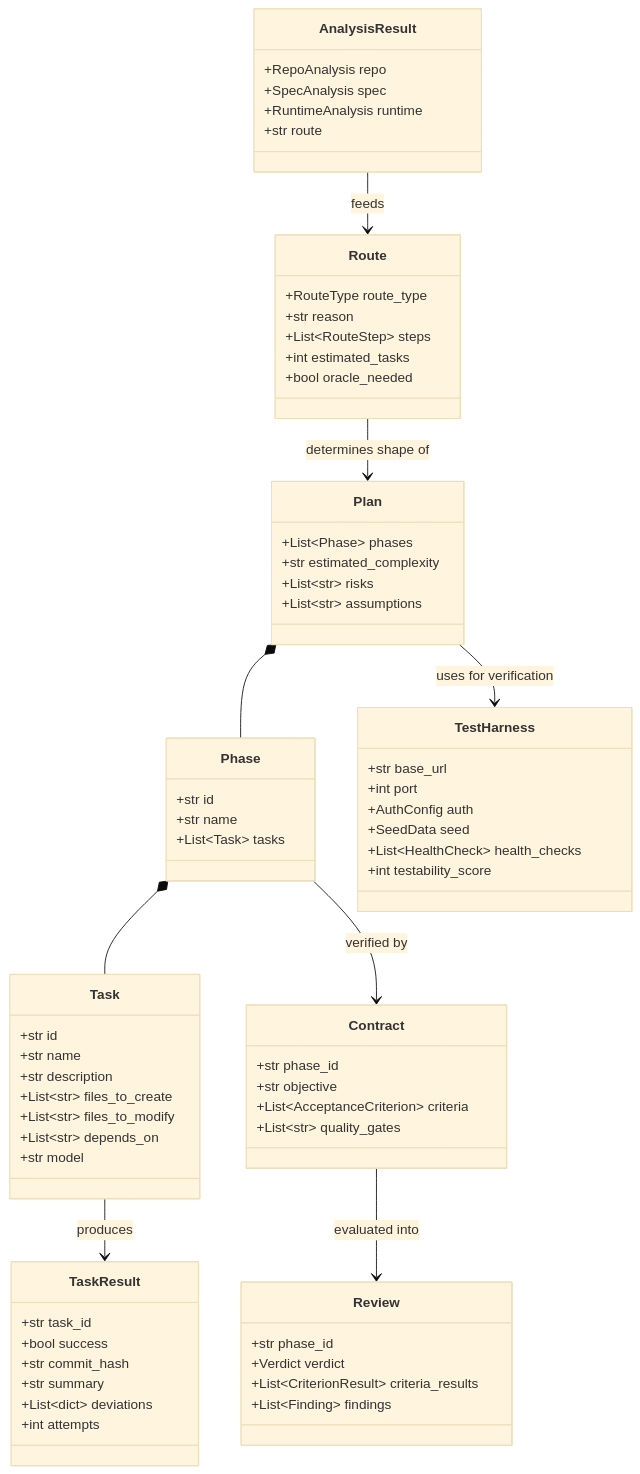
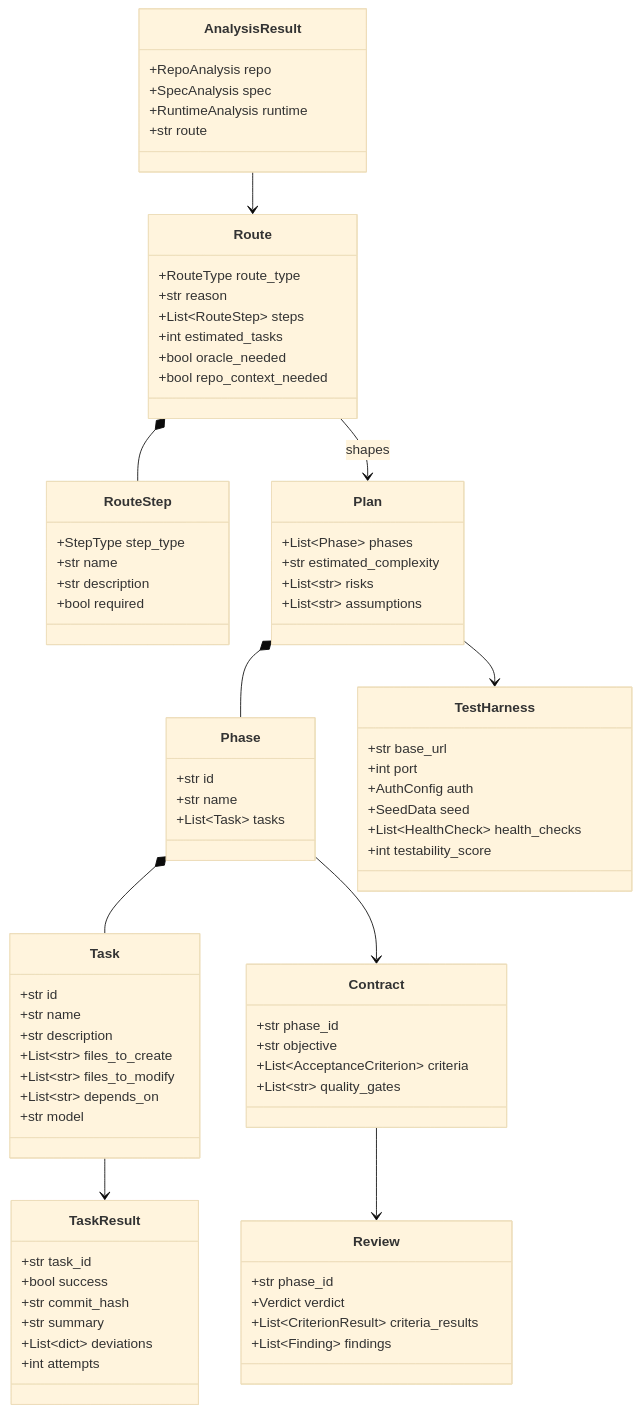
One commit to BIDEquity/outbid-dirigent changed the sixth of 6 diagrams in ARCHITECTURE.md. Above: the diagram before and after it, drawn with Mermaid (base theme). The commit also changed other lines of this file, not shown here.

First line of the commit message:
docs: regenerate ARCHITECTURE.md via /generate-architecture --update

````diff
--- a/ARCHITECTURE.md
+++ b/ARCHITECTURE.md
@@ -197,81 +306,81 @@
 ```mermaid
 classDiagram
     class AnalysisResult {
         +RepoAnalysis repo
         +SpecAnalysis spec
         +RuntimeAnalysis runtime
         +str route
     }
-
     class Route {
         +RouteType route_type
         +str reason
         +List~RouteStep~ steps
         +int estimated_tasks
         +bool oracle_needed
+        +bool repo_context_needed
     }
-
+    class RouteStep {
+        +StepType step_type
+        +str name
+        +str description
+        +bool required
+    }
     class Plan {
         +List~Phase~ phases
         +str estimated_complexity
         +List~str~ risks
         +List~str~ assumptions
     }
-
     class Phase {
         +str id
         +str name
         +List~Task~ tasks
     }
-
     class Task {
         +str id
         +str name
         +str description
         +List~str~ files_to_create
         +List~str~ files_to_modify
         +List~str~ depends_on
         +str model
     }
-
     class TaskResult {
         +str task_id
         +bool success
         +str commit_hash
         +str summary
         +List~dict~ deviations
         +int attempts
     }
-
     class Contract {
         +str phase_id
         +str objective
         +List~AcceptanceCriterion~ criteria
         +List~str~ quality_gates
     }
-
     class Review {
         +str phase_id
         +Verdict verdict
         +List~CriterionResult~ criteria_results
         +List~Finding~ findings
     }
-
     class TestHarness {
         +str base_url
         +int port
         +AuthConfig auth
         +SeedData seed
         +List~HealthCheck~ health_checks
         +int testability_score
     }
 
-    AnalysisResult --> Route : feeds
-    Route --> Plan : determines shape of
+    AnalysisResult --> Route
+    Route *-- RouteStep
+    Route --> Plan : shapes
     Plan *-- Phase
     Phase *-- Task
-    Task --> TaskResult : produces
-    Phase --> Contract : verified by
-    Contract --> Review : evaluated into
-    Plan --> TestHarness : uses for verification
+    Task --> TaskResult
+    Phase --> Contract
+    Contract --> Review
+    Plan --> TestHarness
 ```
````
